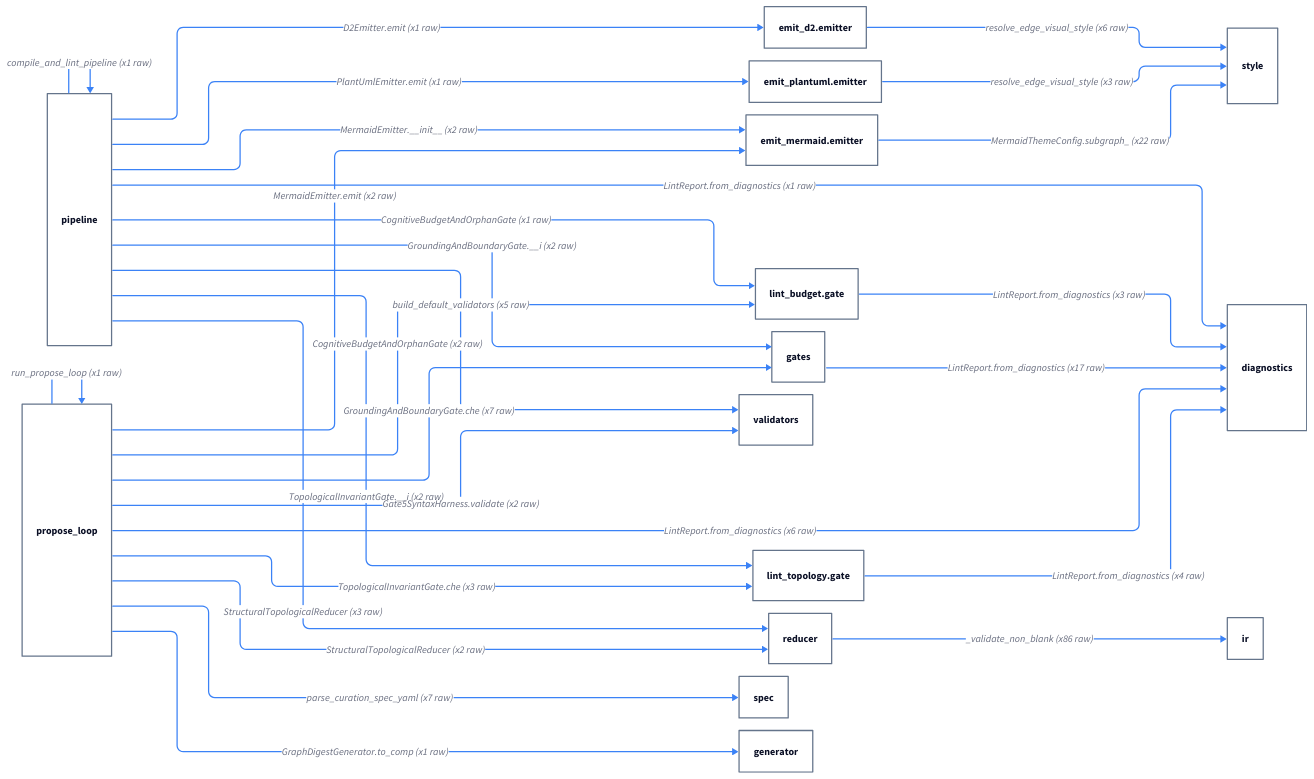
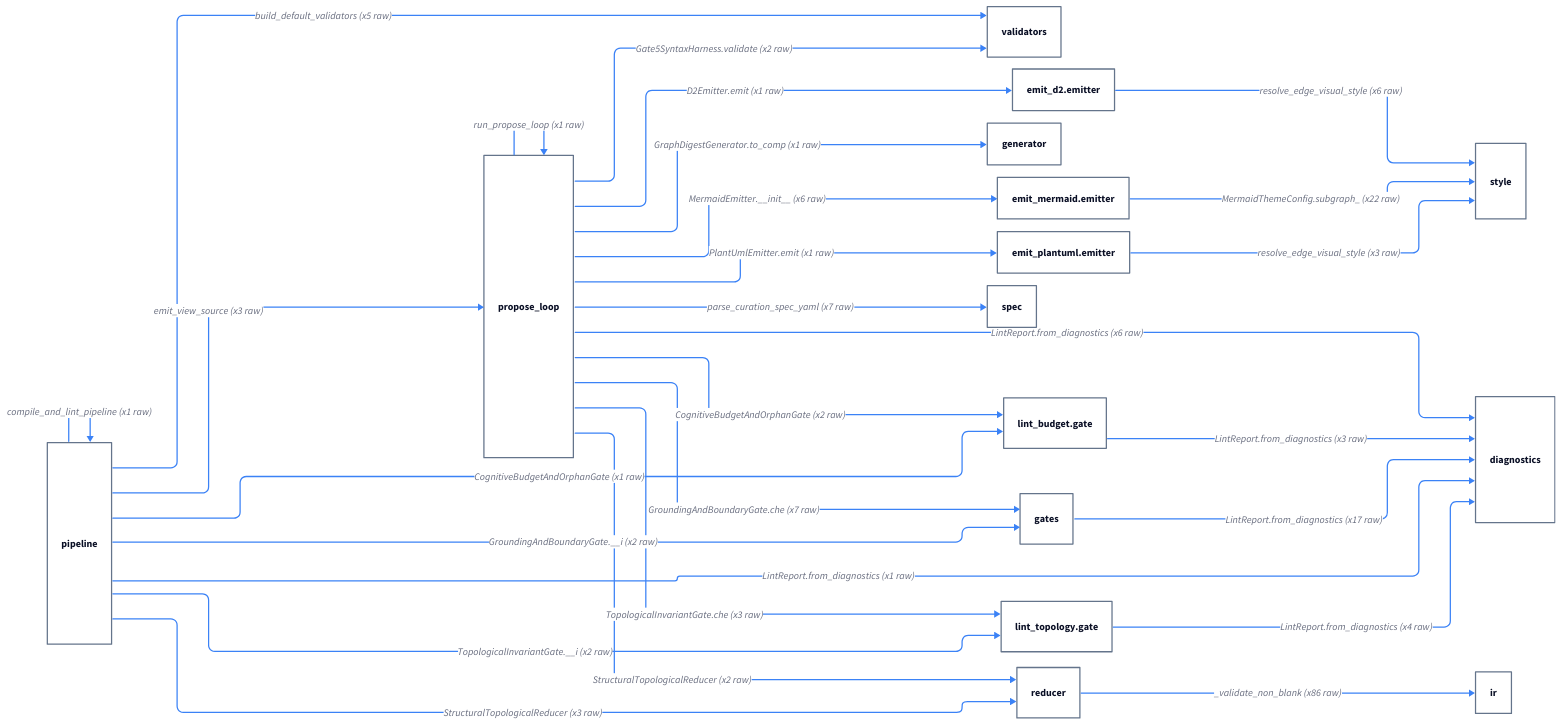
One commit to klcd/archigram changed the diagram in docs/architecture/diagrams/showcase_trace_triage.1_original.d2. Above: the diagram before and after it, drawn with D2. The commit also changed 58 other files, not shown here.

Commit message:
fix(mcp): align preview emitter and preserve multi-view repair

```diff
--- a/docs/architecture/diagrams/showcase_trace_triage.1_original.d2
+++ b/docs/architecture/diagrams/showcase_trace_triage.1_original.d2
@@ -1,151 +1,151 @@
 vars: {
   d2-config: {
     layout-engine: elk
     theme-id: 0
     dark-theme-id: 200
   }
 }
 style.fill: transparent
 
 direction: right
 "archigram.domain.diagnostics": "diagnostics" {
   style.fill: transparent
   style.stroke: "#64748b"
 }
 "archigram.domain.ir": "ir" {
   style.fill: transparent
   style.stroke: "#64748b"
 }
 "archigram.domain.spec": "spec" {
   style.fill: transparent
   style.stroke: "#64748b"
 }
 "archigram.domain.style": "style" {
   style.fill: transparent
   style.stroke: "#64748b"
 }
 "archigram.entrypoints.cli.pipeline": "pipeline" {
   style.fill: transparent
   style.stroke: "#64748b"
 }
 "archigram.entrypoints.mcp.propose_loop": "propose_loop" {
   style.fill: transparent
   style.stroke: "#64748b"
 }
 "archigram.features.digest.generator": "generator" {
   style.fill: transparent
   style.stroke: "#64748b"
 }
 "archigram.features.emit_d2.emitter": "emit_d2.emitter" {
   style.fill: transparent
   style.stroke: "#64748b"
 }
 "archigram.features.emit_mermaid.emitter": "emit_mermaid.emitter" {
   style.fill: transparent
   style.stroke: "#64748b"
 }
 "archigram.features.emit_plantuml.emitter": "emit_plantuml.emitter" {
   style.fill: transparent
   style.stroke: "#64748b"
 }
 "archigram.features.lint_budget.gate": "lint_budget.gate" {
   style.fill: transparent
   style.stroke: "#64748b"
 }
 "archigram.features.lint_grounding.gates": "gates" {
   style.fill: transparent
   style.stroke: "#64748b"
 }
 "archigram.features.lint_syntax.validators": "validators" {
   style.fill: transparent
   style.stroke: "#64748b"
 }
 "archigram.features.lint_topology.gate": "lint_topology.gate" {
   style.fill: transparent
   style.stroke: "#64748b"
 }
 "archigram.features.reduce_structural.reducer": "reducer" {
   style.fill: transparent
   style.stroke: "#64748b"
 }
 "archigram.entrypoints.cli.pipeline" -> "archigram.domain.diagnostics": "LintReport.from_diagnostics (x1 raw)" {
   style.stroke: "#3b82f6"
 }
 "archigram.entrypoints.cli.pipeline" -> "archigram.entrypoints.cli.pipeline": "compile_and_lint_pipeline (x1 raw)" {
   style.stroke: "#3b82f6"
 }
-"archigram.entrypoints.cli.pipeline" -> "archigram.features.emit_d2.emitter": "D2Emitter.emit (x1 raw)" {
-  style.stroke: "#3b82f6"
-}
-"archigram.entrypoints.cli.pipeline" -> "archigram.features.emit_mermaid.emitter": "MermaidEmitter.__init__ (x2 raw)" {
-  style.stroke: "#3b82f6"
-}
-"archigram.entrypoints.cli.pipeline" -> "archigram.features.emit_plantuml.emitter": "PlantUmlEmitter.emit (x1 raw)" {
+"archigram.entrypoints.cli.pipeline" -> "archigram.entrypoints.mcp.propose_loop": "emit_view_source (x3 raw)" {
   style.stroke: "#3b82f6"
 }
 "archigram.entrypoints.cli.pipeline" -> "archigram.features.lint_budget.gate": "CognitiveBudgetAndOrphanGate (x1 raw)" {
   style.stroke: "#3b82f6"
 }
 "archigram.entrypoints.cli.pipeline" -> "archigram.features.lint_grounding.gates": "GroundingAndBoundaryGate.__i (x2 raw)" {
   style.stroke: "#3b82f6"
 }
 "archigram.entrypoints.cli.pipeline" -> "archigram.features.lint_syntax.validators": "build_default_validators (x5 raw)" {
   style.stroke: "#3b82f6"
 }
 "archigram.entrypoints.cli.pipeline" -> "archigram.features.lint_topology.gate": "TopologicalInvariantGate.__i (x2 raw)" {
   style.stroke: "#3b82f6"
 }
 "archigram.entrypoints.cli.pipeline" -> "archigram.features.reduce_structural.reducer": "StructuralTopologicalReducer (x3 raw)" {
   style.stroke: "#3b82f6"
 }
 "archigram.entrypoints.mcp.propose_loop" -> "archigram.domain.diagnostics": "LintReport.from_diagnostics (x6 raw)" {
   style.stroke: "#3b82f6"
 }
 "archigram.entrypoints.mcp.propose_loop" -> "archigram.domain.spec": "parse_curation_spec_yaml (x7 raw)" {
   style.stroke: "#3b82f6"
 }
 "archigram.entrypoints.mcp.propose_loop" -> "archigram.entrypoints.mcp.propose_loop": "run_propose_loop (x1 raw)" {
   style.stroke: "#3b82f6"
 }
 "archigram.entrypoints.mcp.propose_loop" -> "archigram.features.digest.generator": "GraphDigestGenerator.to_comp (x1 raw)" {
   style.stroke: "#3b82f6"
 }
-"archigram.entrypoints.mcp.propose_loop" -> "archigram.features.emit_mermaid.emitter": "MermaidEmitter.emit (x2 raw)" {
+"archigram.entrypoints.mcp.propose_loop" -> "archigram.features.emit_d2.emitter": "D2Emitter.emit (x1 raw)" {
+  style.stroke: "#3b82f6"
+}
+"archigram.entrypoints.mcp.propose_loop" -> "archigram.features.emit_mermaid.emitter": "MermaidEmitter.__init__ (x6 raw)" {
+  style.stroke: "#3b82f6"
+}
+"archigram.entrypoints.mcp.propose_loop" -> "archigram.features.emit_plantuml.emitter": "PlantUmlEmitter.emit (x1 raw)" {
   style.stroke: "#3b82f6"
 }
 "archigram.entrypoints.mcp.propose_loop" -> "archigram.features.lint_budget.gate": "CognitiveBudgetAndOrphanGate (x2 raw)" {
   style.stroke: "#3b82f6"
 }
 "archigram.entrypoints.mcp.propose_loop" -> "archigram.features.lint_grounding.gates": "GroundingAndBoundaryGate.che (x7 raw)" {
   style.stroke: "#3b82f6"
 }
 "archigram.entrypoints.mcp.propose_loop" -> "archigram.features.lint_syntax.validators": "Gate5SyntaxHarness.validate (x2 raw)" {
   style.stroke: "#3b82f6"
 }
 "archigram.entrypoints.mcp.propose_loop" -> "archigram.features.lint_topology.gate": "TopologicalInvariantGate.che (x3 raw)" {
   style.stroke: "#3b82f6"
 }
 "archigram.entrypoints.mcp.propose_loop" -> "archigram.features.reduce_structural.reducer": "StructuralTopologicalReducer (x2 raw)" {
   style.stroke: "#3b82f6"
 }
 "archigram.features.emit_d2.emitter" -> "archigram.domain.style": "resolve_edge_visual_style (x6 raw)" {
   style.stroke: "#3b82f6"
 }
 "archigram.features.emit_mermaid.emitter" -> "archigram.domain.style": "MermaidThemeConfig.subgraph_ (x22 raw)" {
   style.stroke: "#3b82f6"
 }
 "archigram.features.emit_plantuml.emitter" -> "archigram.domain.style": "resolve_edge_visual_style (x3 raw)" {
   style.stroke: "#3b82f6"
 }
 "archigram.features.lint_budget.gate" -> "archigram.domain.diagnostics": "LintReport.from_diagnostics (x3 raw)" {
   style.stroke: "#3b82f6"
 }
 "archigram.features.lint_grounding.gates" -> "archigram.domain.diagnostics": "LintReport.from_diagnostics (x17 raw)" {
   style.stroke: "#3b82f6"
 }
 "archigram.features.lint_topology.gate" -> "archigram.domain.diagnostics": "LintReport.from_diagnostics (x4 raw)" {
   style.stroke: "#3b82f6"
 }
 "archigram.features.reduce_structural.reducer" -> "archigram.domain.ir": "_validate_non_blank (x86 raw)" {
   style.stroke: "#3b82f6"
 }
```
